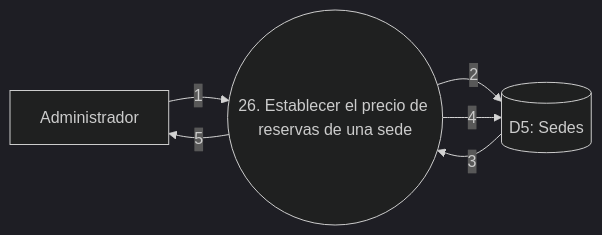
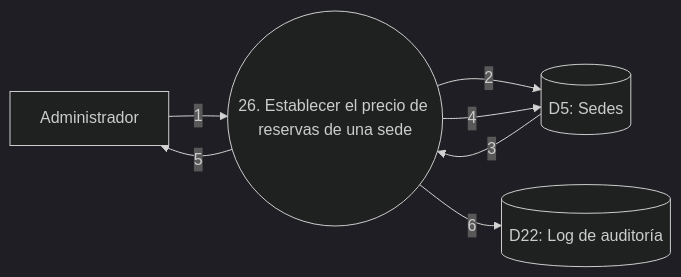
Before and after one commit to fasempertegui/Matchpoint-Taller: diagram 26 of 41 in docs/DFD.md, drawn with Mermaid (dark theme). The commit also changed other lines of this file and 48 other files, not shown here.

````diff
--- a/docs/DFD.md
+++ b/docs/DFD.md
@@ -774,12 +831,14 @@
 ```mermaid
 flowchart LR
     A[Administrador]
     P((26. Establecer el precio de reservas de una sede))
     D5[(D5: Sedes)]
+    D22[(D22: Log de auditoría)]
 
     A -->|1| P
     P -->|2| D5
     D5 -->|3| P
     P -->|4| D5
     P -->|5| A
+    P -->|6| D22
 ```
````
